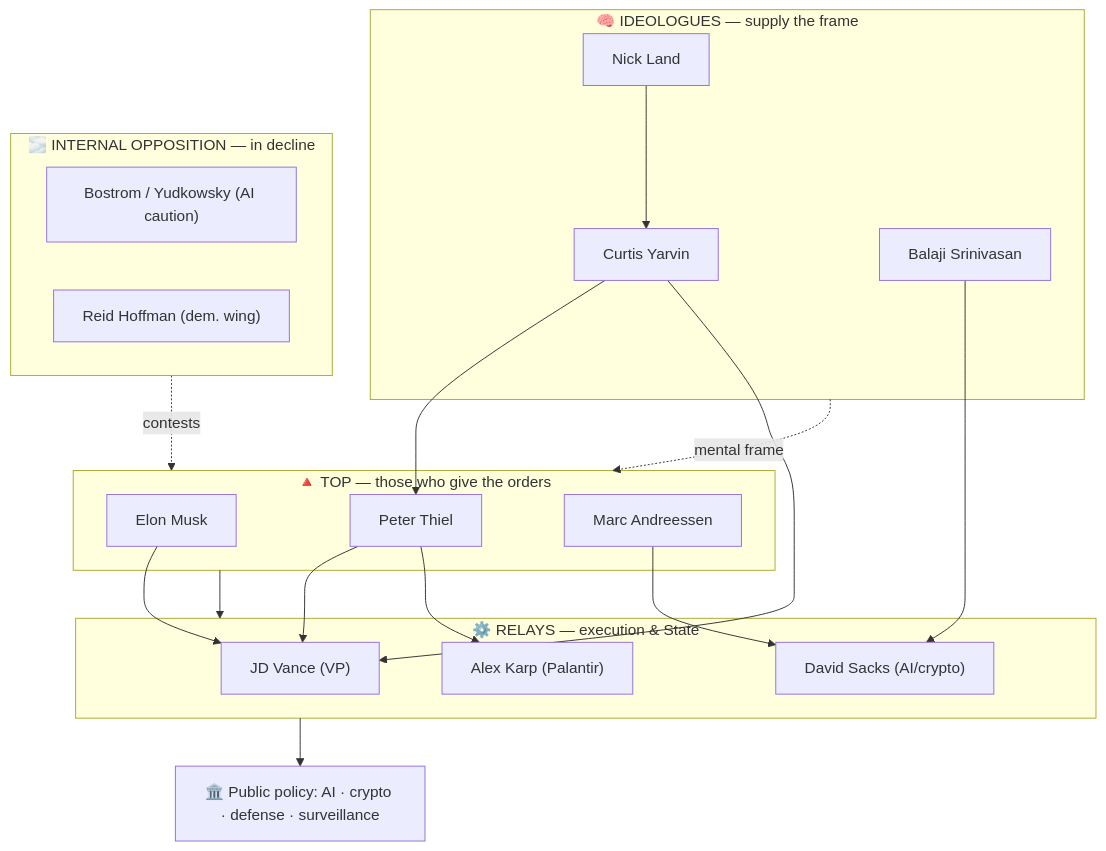
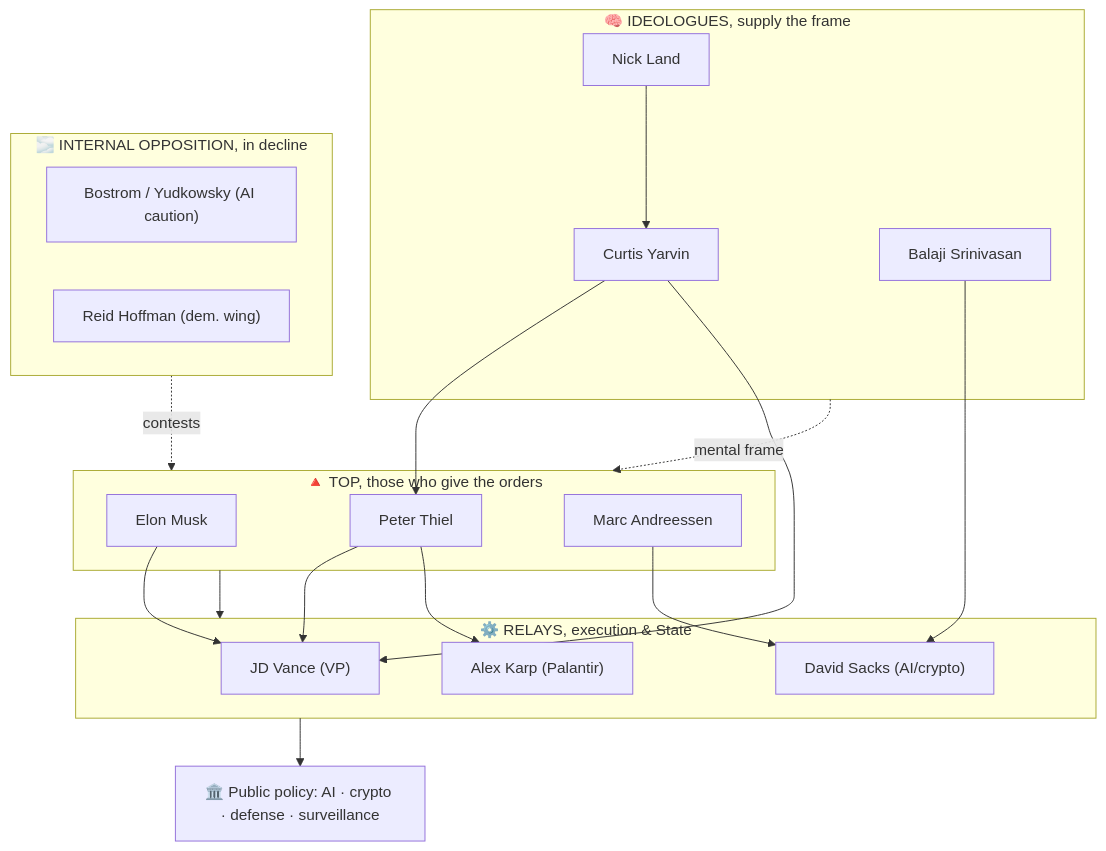
One commit to ismael-joffroy-chandoutis/ismael-joffroy-chandoutis changed the diagram in research/en/hierarchie-pouvoir-influence.md. Above: the diagram before and after it, drawn with Mermaid. The commit also changed other lines of this file and 57 other files, not shown here.

````diff
--- a/research/en/hierarchie-pouvoir-influence.md
+++ b/research/en/hierarchie-pouvoir-influence.md
@@ -34,32 +34,32 @@
 ```mermaid
 graph TD
-    subgraph T["🔺 TOP — those who give the orders"]
+    subgraph T["🔺 TOP, those who give the orders"]
         MUSK["Elon Musk"]
         THIEL["Peter Thiel"]
         AND["Marc Andreessen"]
     end
-    subgraph R["⚙️ RELAYS — execution & State"]
+    subgraph R["⚙️ RELAYS, execution & State"]
         VANCE["JD Vance (VP)"]
         SACKS["David Sacks (AI/crypto)"]
         KARP["Alex Karp (Palantir)"]
     end
-    subgraph I["🧠 IDEOLOGUES — supply the frame"]
+    subgraph I["🧠 IDEOLOGUES, supply the frame"]
         YARVIN["Curtis Yarvin"]
         LAND["Nick Land"]
         BALAJI["Balaji Srinivasan"]
     end
-    subgraph O["🌫️ INTERNAL OPPOSITION — in decline"]
+    subgraph O["🌫️ INTERNAL OPPOSITION, in decline"]
         EA["Bostrom / Yudkowsky (AI caution)"]
         HOFF["Reid Hoffman (dem. wing)"]
     end
     LAND --> YARVIN
     YARVIN --> THIEL & VANCE
     BALAJI --> SACKS
     THIEL --> VANCE & KARP
     AND --> SACKS
     MUSK --> VANCE
     T --> R
     R --> POWER["🏛️ Public policy: AI · crypto · defense · surveillance"]
     I -.mental frame.-> T
     O -.contests.-> T
 ```
````
